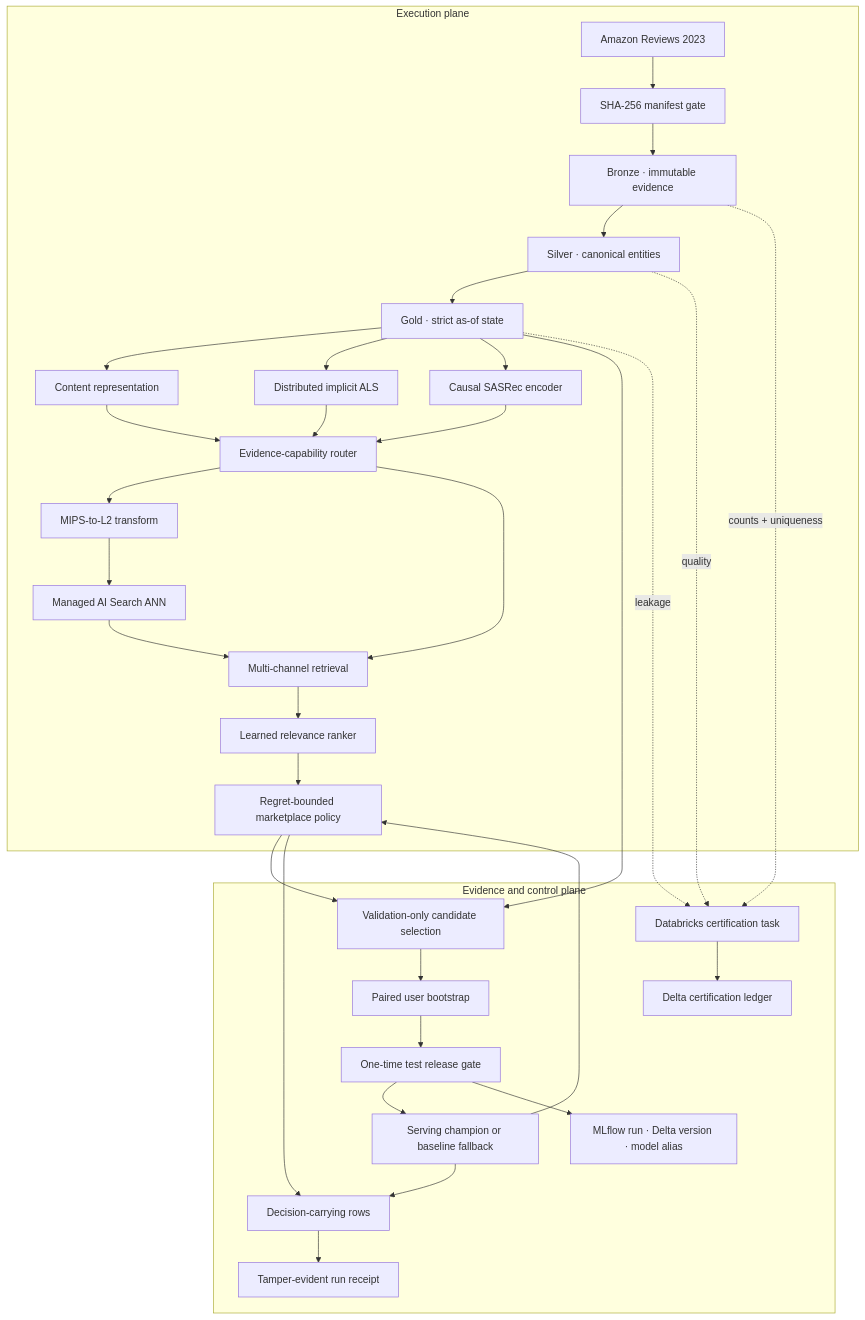
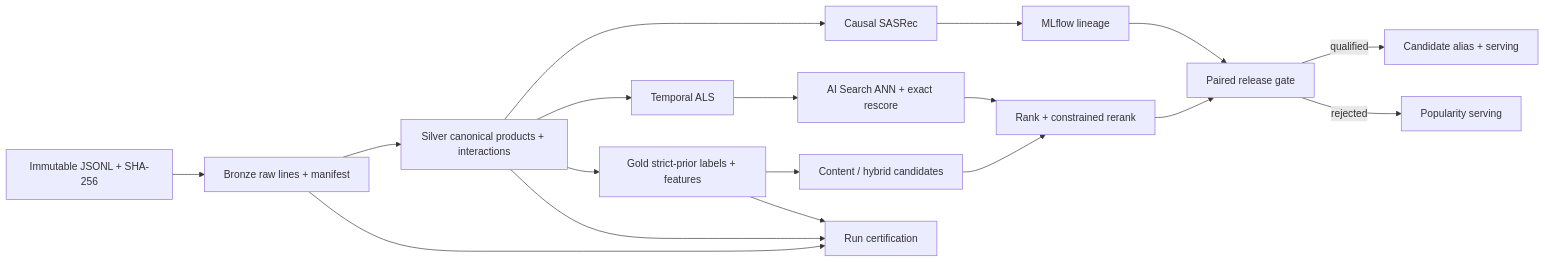
The diagram in README.md (darshgarg7/Recommender-Lakehouse), drawn with Mermaid before and after one commit. The commit also changed other lines of this file and 43 other files, not shown here.

````diff
--- a/README.md
+++ b/README.md
@@ -361,37 +118,20 @@
 ```mermaid
-flowchart TB
-    subgraph X["Execution plane"]
-        A["Amazon Reviews 2023"] --> M["SHA-256 manifest gate"]
-        M --> B["Bronze · immutable evidence"]
-        B --> S["Silver · canonical entities"]
-        S --> G["Gold · strict as-of state"]
-        G --> C["Content representation"]
-        G --> ALS["Distributed implicit ALS"]
-        G --> SR["Causal SASRec encoder"]
-        C --> H["Evidence-capability router"]
-        ALS --> H
-        SR --> H
-        H --> MP["MIPS-to-L2 transform"]
-        MP --> VS["Managed AI Search ANN"]
-        H --> R["Multi-channel retrieval"]
-        VS --> R
-        R --> K["Learned relevance ranker"]
-        K --> V["Regret-bounded marketplace policy"]
-    end
-    subgraph E["Evidence and control plane"]
-        Q["Validation-only candidate selection"] --> PB["Paired user bootstrap"]
-        PB --> P["One-time test release gate"]
-        P --> CH["Serving champion or baseline fallback"]
-        CH --> D["Decision-carrying rows"]
-        D --> RC["Tamper-evident run receipt"]
-        P --> ML["MLflow run · Delta version · model alias"]
-        CF["Databricks certification task"] --> CT["Delta certification ledger"]
-    end
-    G --> Q
-    V --> Q
-    CH --> V
-    V --> D
-    B -. "counts + uniqueness" .-> CF
-    S -. "quality" .-> CF
-    G -. "leakage" .-> CF
+flowchart LR
+    A["Immutable JSONL + SHA-256"] --> B["Bronze raw lines + manifest"]
+    B --> C["Silver canonical products + interactions"]
+    C --> D["Gold strict-prior labels + features"]
+    C --> E["Temporal ALS"]
+    C --> F["Causal SASRec"]
+    D --> G["Content / hybrid candidates"]
+    E --> H["AI Search ANN + exact rescore"]
+    F --> I["MLflow lineage"]
+    G --> J["Rank + constrained rerank"]
+    H --> J
+    J --> K["Paired release gate"]
+    I --> K
+    K -->|"qualified"| L["Candidate alias + serving"]
+    K -->|"rejected"| M["Popularity serving"]
+    B --> N["Run certification"]
+    C --> N
+    D --> N
 ```
````
